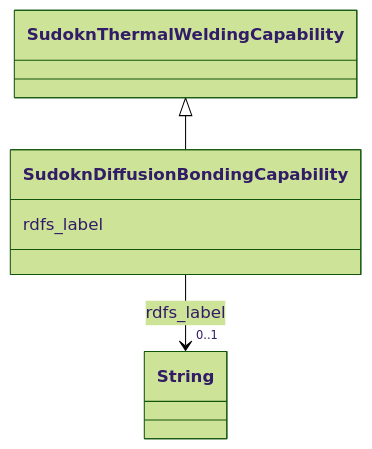
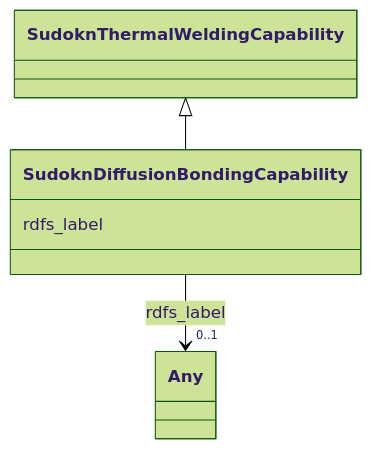
Before and after one commit to frink-okn/graph-descriptions: the diagram in sudokn-kg/classes/SudoknDiffusionBondingCapability.md, drawn with Mermaid (forest theme). The commit also changed other lines of this file and 903 other files, not shown here.

````diff
--- a/sudokn-kg/classes/SudoknDiffusionBondingCapability.md
+++ b/sudokn-kg/classes/SudoknDiffusionBondingCapability.md
@@ -23,18 +16,18 @@
 ```mermaid
  classDiagram
     class SudoknDiffusionBondingCapability
     click SudoknDiffusionBondingCapability href "../SudoknDiffusionBondingCapability"
       SudoknThermalWeldingCapability <|-- SudoknDiffusionBondingCapability
         click SudoknThermalWeldingCapability href "../SudoknThermalWeldingCapability"
       
       SudoknDiffusionBondingCapability : rdfs_label
         
           
     
     
-    SudoknDiffusionBondingCapability --> "0..1" String : rdfs_label
-    click String href "../String"
+    SudoknDiffusionBondingCapability --> "0..1" Any : rdfs_label
+    click Any href "../Any"
 
         
       
 ```
````
